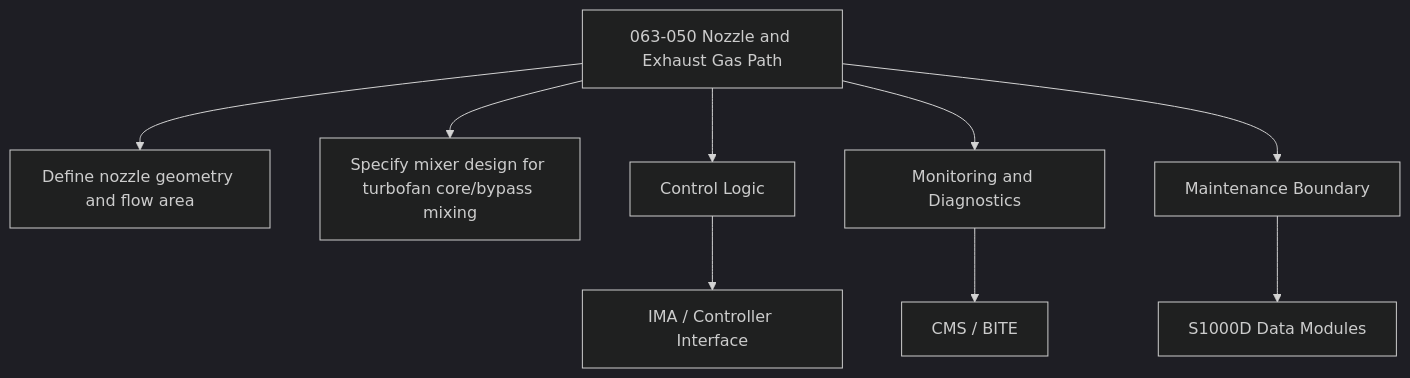
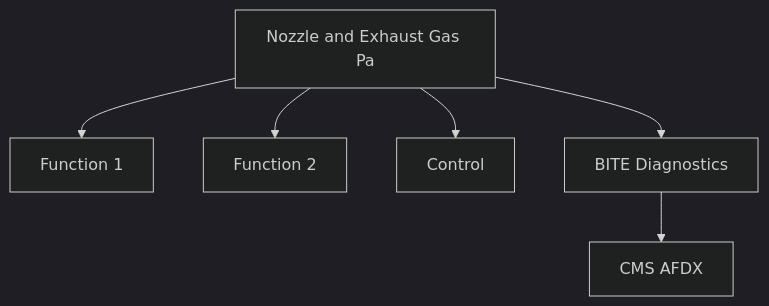
The second of 2 diagrams in Q+ATLANTIDE/000-099_ATLAS/060-069_Propulsion-Tradicional/063_Engine-Turbine/063-050-Nozzle-and-Exhaust-Gas-Path.md (AmedeoPelliccia/Qplus-For-All-Queer-People-and-Quantum), drawn with Mermaid (dark theme) before and after one commit. The commit also changed other lines of this file and 74 other files, not shown here.

````diff
--- a/Q+ATLANTIDE/000-099_ATLAS/060-069_Propulsion-Tradicional/063_Engine-Turbine/063-050-Nozzle-and-Exhaust-Gas-Path.md
+++ b/Q+ATLANTIDE/000-099_ATLAS/060-069_Propulsion-Tradicional/063_Engine-Turbine/063-050-Nozzle-and-Exhaust-Gas-Path.md
@@ -172,11 +96,8 @@
 ```mermaid
 flowchart TB
-    SYS[063-050 Nozzle and Exhaust Gas Path] --> F1[Define nozzle geometry and flow area]
-    SYS --> F2[Specify mixer design for turbofan core/bypass mixing]
-    SYS --> CTRL[Control Logic]
-    SYS --> MON[Monitoring and Diagnostics]
-    SYS --> MAINT[Maintenance Boundary]
-    CTRL --> IMA[IMA / Controller Interface]
-    MON --> CMS[CMS / BITE]
-    MAINT --> CSDB[S1000D Data Modules]
+    SYS[Nozzle and Exhaust Gas Pa] --> F1[Function 1]
+    SYS --> F2[Function 2]
+    SYS --> CTRL[Control]
+    SYS --> MON[BITE Diagnostics]
+    MON --> CMS[CMS AFDX]
 ```
````
